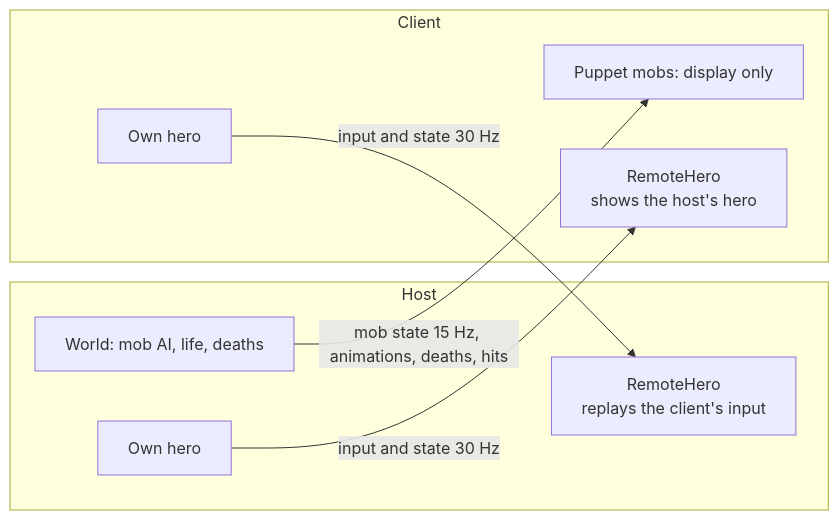
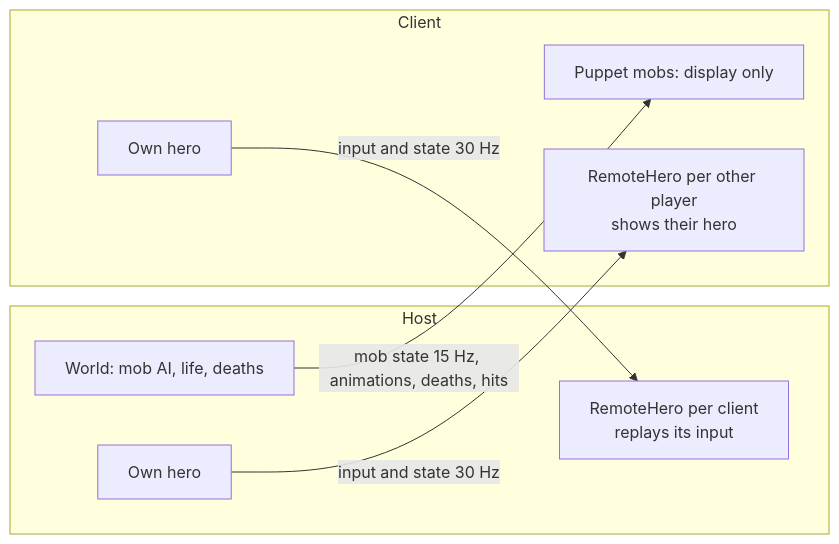
Before and after one commit to Ringophilia/Ringo-DeadCell-MP: the diagram in README.md, drawn with Mermaid. The commit also changed other lines of this file and 33 other files, not shown here.

````diff
--- a/README.md
+++ b/README.md
@@ -152,16 +157,16 @@
 ```mermaid
 flowchart LR
     subgraph Host["Host"]
         HW["World: mob AI, life, deaths"]
         HH["Own hero"]
-        HR["RemoteHero<br/>replays the client's input"]
+        HR["RemoteHero per client<br/>replays its input"]
     end
     subgraph Client["Client"]
         CW["Puppet mobs: display only"]
         CH["Own hero"]
-        CR["RemoteHero<br/>shows the host's hero"]
+        CR["RemoteHero per other player<br/>shows their hero"]
     end
     HW -- "mob state 15 Hz, animations, deaths, hits" --> CW
     HH -- "input and state 30 Hz" --> CR
     CH -- "input and state 30 Hz" --> HR
 ```
````
